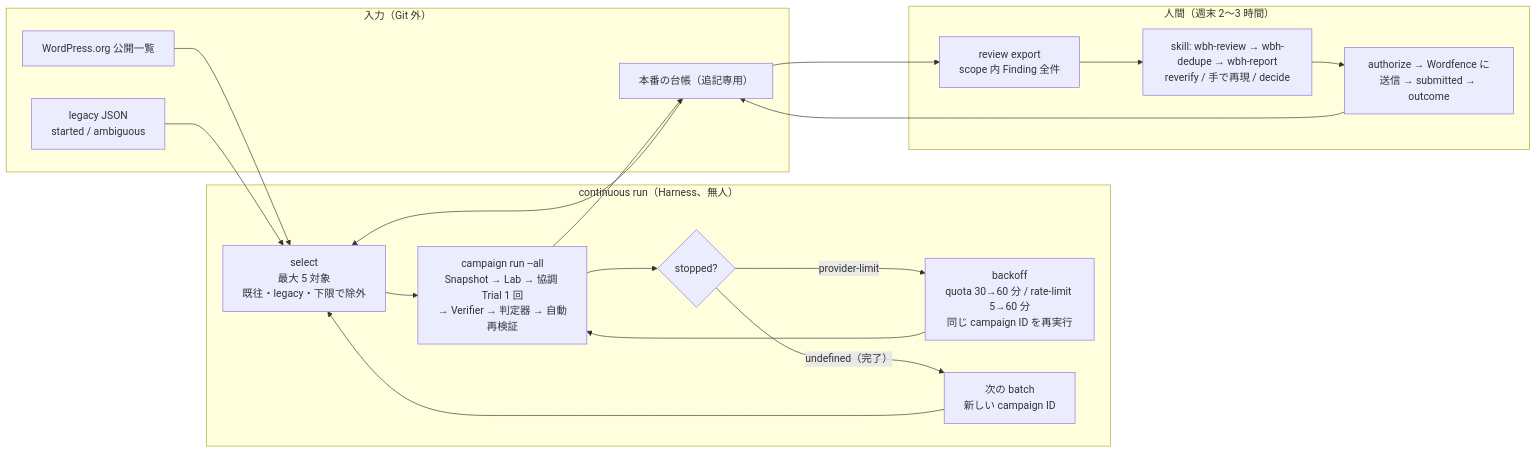
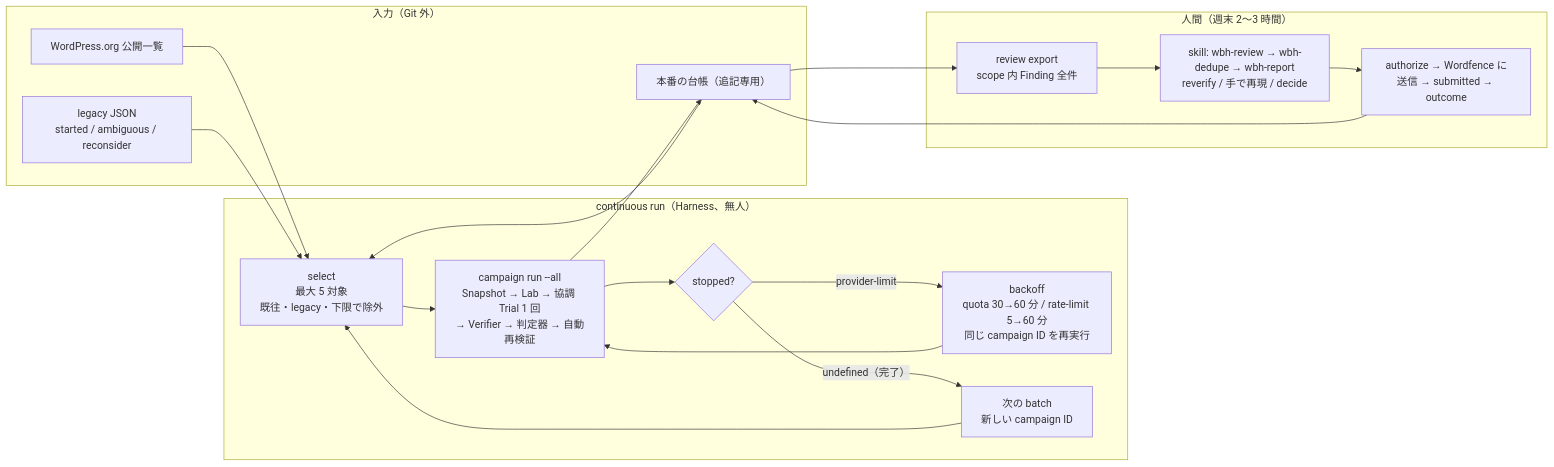
One commit to momoponwork1415-lgtm/wordpress-bounty-harness changed the first of 4 diagrams in docs/reviews/2026-10-14-final-design.md. Above: the diagram before and after it, drawn with Mermaid. The commit also changed other lines of this file, not shown here.

````diff
--- a/docs/reviews/2026-10-14-final-design.md
+++ b/docs/reviews/2026-10-14-final-design.md
@@ -98,30 +108,30 @@
 ```mermaid
 flowchart LR
   subgraph inputs["入力（Git 外）"]
     WP["WordPress.org 公開一覧"]
-    LJ["legacy JSON<br/>started / ambiguous"]
+    LJ["legacy JSON<br/>started / ambiguous / reconsider"]
     LD["本番の台帳（追記専用）"]
   end
   subgraph runner["continuous run（Harness、無人）"]
     SEL["select<br/>最大 5 対象<br/>既往・legacy・下限で除外"]
     CR["campaign run --all<br/>Snapshot → Lab → 協調 Trial 1 回<br/>→ Verifier → 判定器 → 自動再検証"]
     ST{"stopped?"}
     BO["backoff<br/>quota 30→60 分 / rate-limit 5→60 分<br/>同じ campaign ID を再実行"]
     NX["次の batch<br/>新しい campaign ID"]
   end
   subgraph review["人間（週末 2〜3 時間）"]
     EX["review export<br/>scope 内 Finding 全件"]
     SK["skill: wbh-review → wbh-dedupe → wbh-report<br/>reverify / 手で再現 / decide"]
     SUB["authorize → Wordfence に送信 → submitted → outcome"]
   end
   WP --> SEL
   LJ --> SEL
   LD --> SEL
   SEL --> CR
   CR --> LD
   CR --> ST
   ST -- "provider-limit" --> BO --> CR
   ST -- "undefined（完了）" --> NX --> SEL
   LD --> EX --> SK --> SUB
   SUB --> LD
 ```
````
